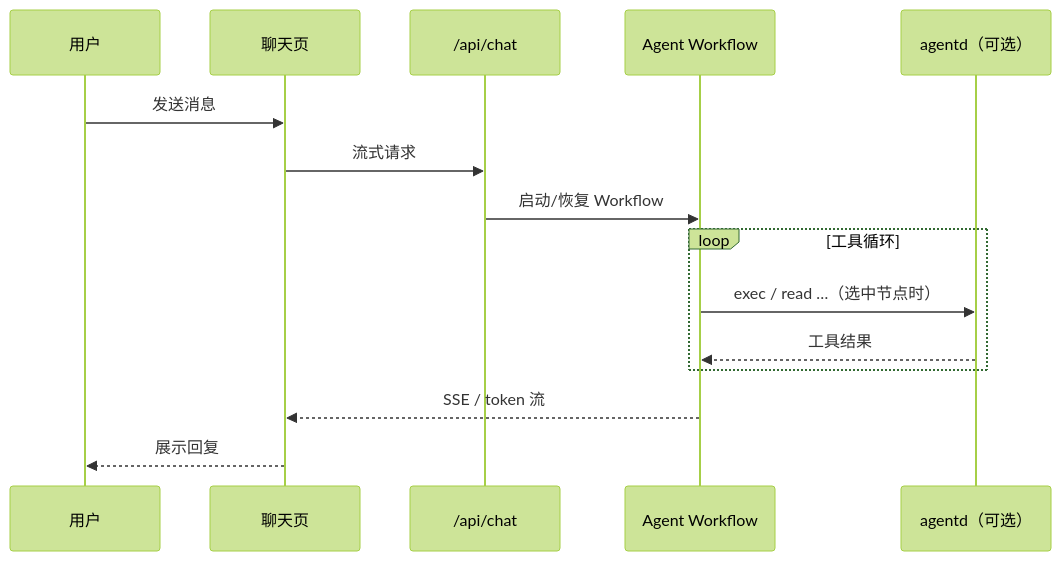
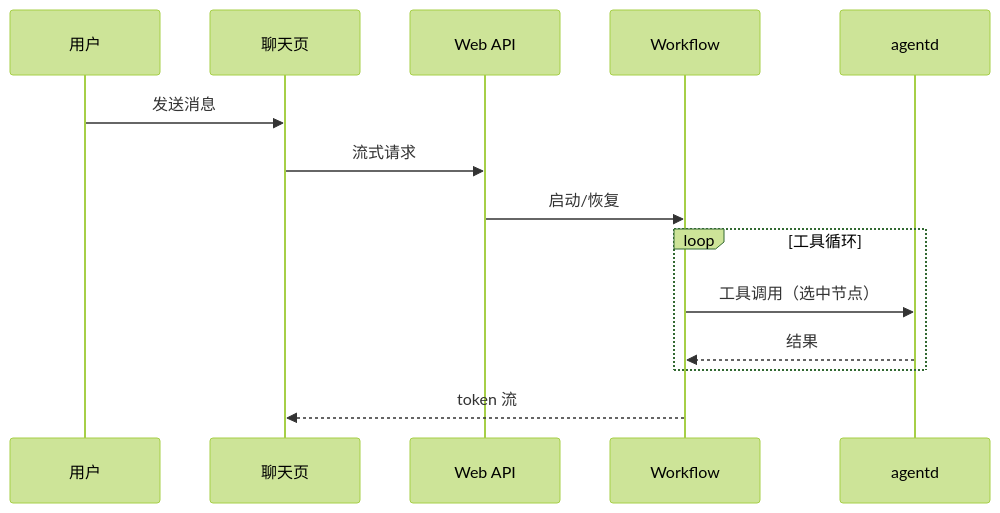
One commit to NekoSekaiMoe/agentboster changed the third of 4 diagrams in README.md. Above: the diagram before and after it, drawn with Mermaid (forest theme). The commit also changed other lines of this file and 5 other files, not shown here.

````diff
--- a/README.md
+++ b/README.md
@@ -99,18 +99,17 @@
 ```mermaid
 sequenceDiagram
   participant U as 用户
   participant UI as 聊天页
-  participant API as /api/chat
-  participant WF as Agent Workflow
-  participant D as agentd（可选）
+  participant API as Web API
+  participant WF as Workflow
+  participant D as agentd
 
   U->>UI: 发送消息
   UI->>API: 流式请求
-  API->>WF: 启动/恢复 Workflow
+  API->>WF: 启动/恢复
   loop 工具循环
-    WF->>D: exec / read …（选中节点时）
-    D-->>WF: 工具结果
+    WF->>D: 工具调用（选中节点）
+    D-->>WF: 结果
   end
-  WF-->>UI: SSE / token 流
-  UI-->>U: 展示回复
+  WF-->>UI: token 流
 ```
````
